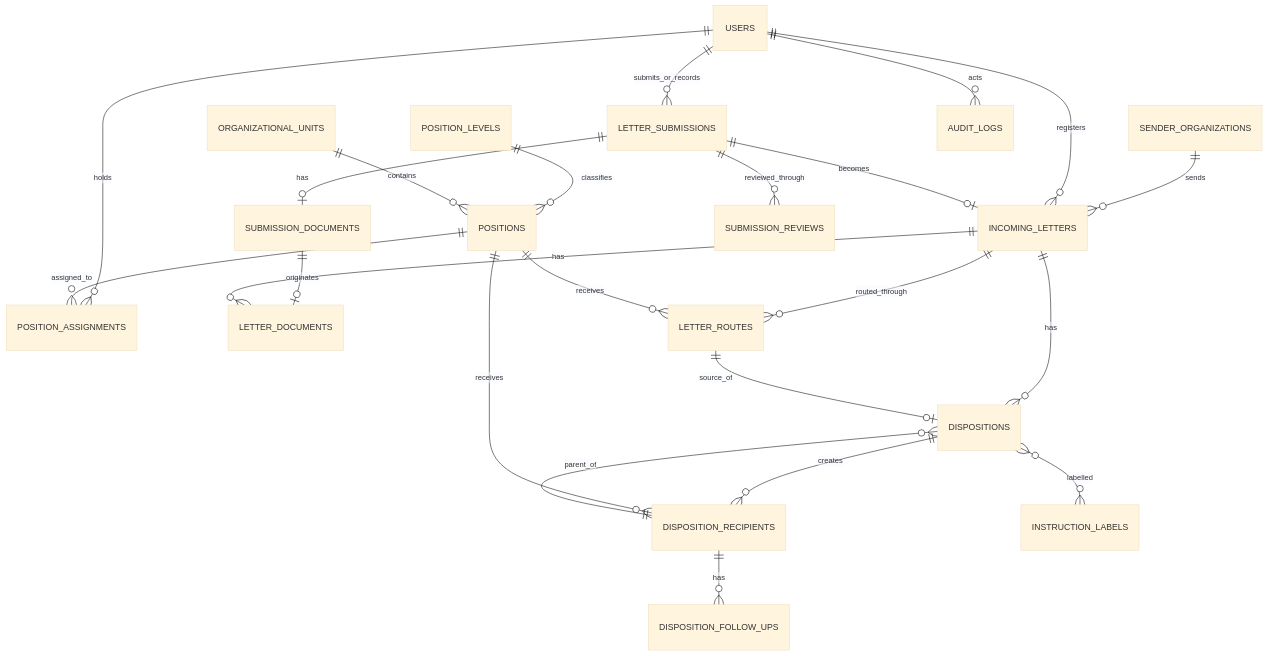
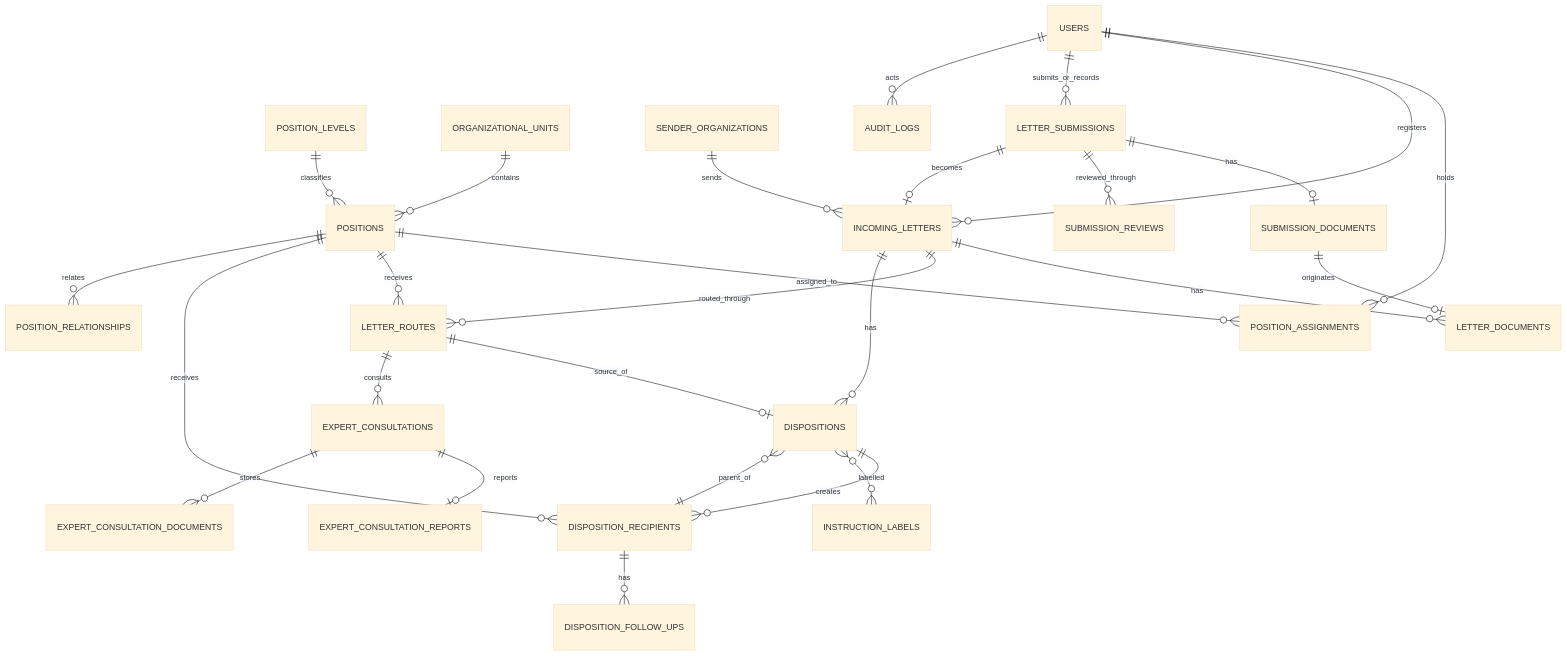
One commit to ARSAL21/system-disposisi-surat changed the diagram in database-schema.md. Above: the diagram before and after it, drawn with Mermaid (base theme). The commit also changed 2 other files, not shown here.

Commit message:
core(db): migrasi skema tabel konsultasi staf ahli, relasi jabatan, dan konfigurasi penyimpanan

````diff
--- a/database-schema.md
+++ b/database-schema.md
@@ -58,34 +58,38 @@
 ```mermaid
 erDiagram
     USERS ||--o{ POSITION_ASSIGNMENTS : holds
     POSITIONS ||--o{ POSITION_ASSIGNMENTS : assigned_to
     POSITION_LEVELS ||--o{ POSITIONS : classifies
     ORGANIZATIONAL_UNITS ||--o{ POSITIONS : contains
 
     SENDER_ORGANIZATIONS ||--o{ INCOMING_LETTERS : sends
     USERS ||--o{ INCOMING_LETTERS : registers
 
     USERS ||--o{ LETTER_SUBMISSIONS : submits_or_records
     LETTER_SUBMISSIONS ||--o| SUBMISSION_DOCUMENTS : has
     LETTER_SUBMISSIONS ||--o{ SUBMISSION_REVIEWS : reviewed_through
     LETTER_SUBMISSIONS ||--o| INCOMING_LETTERS : becomes
     SUBMISSION_DOCUMENTS ||--o| LETTER_DOCUMENTS : originates
 
     INCOMING_LETTERS ||--o{ LETTER_DOCUMENTS : has
     INCOMING_LETTERS ||--o{ LETTER_ROUTES : routed_through
 
     POSITIONS ||--o{ LETTER_ROUTES : receives
 
     INCOMING_LETTERS ||--o{ DISPOSITIONS : has
     LETTER_ROUTES ||--o| DISPOSITIONS : source_of
     DISPOSITION_RECIPIENTS ||--o{ DISPOSITIONS : parent_of
 
     DISPOSITIONS ||--o{ DISPOSITION_RECIPIENTS : creates
     POSITIONS ||--o{ DISPOSITION_RECIPIENTS : receives
 
     DISPOSITIONS }o--o{ INSTRUCTION_LABELS : labelled
 
     DISPOSITION_RECIPIENTS ||--o{ DISPOSITION_FOLLOW_UPS : has
 
     USERS ||--o{ AUDIT_LOGS : acts
+    POSITIONS ||--o{ POSITION_RELATIONSHIPS : relates
+    LETTER_ROUTES ||--o{ EXPERT_CONSULTATIONS : consults
+    EXPERT_CONSULTATIONS ||--o| EXPERT_CONSULTATION_REPORTS : reports
+    EXPERT_CONSULTATIONS ||--o{ EXPERT_CONSULTATION_DOCUMENTS : stores
 ```
````
